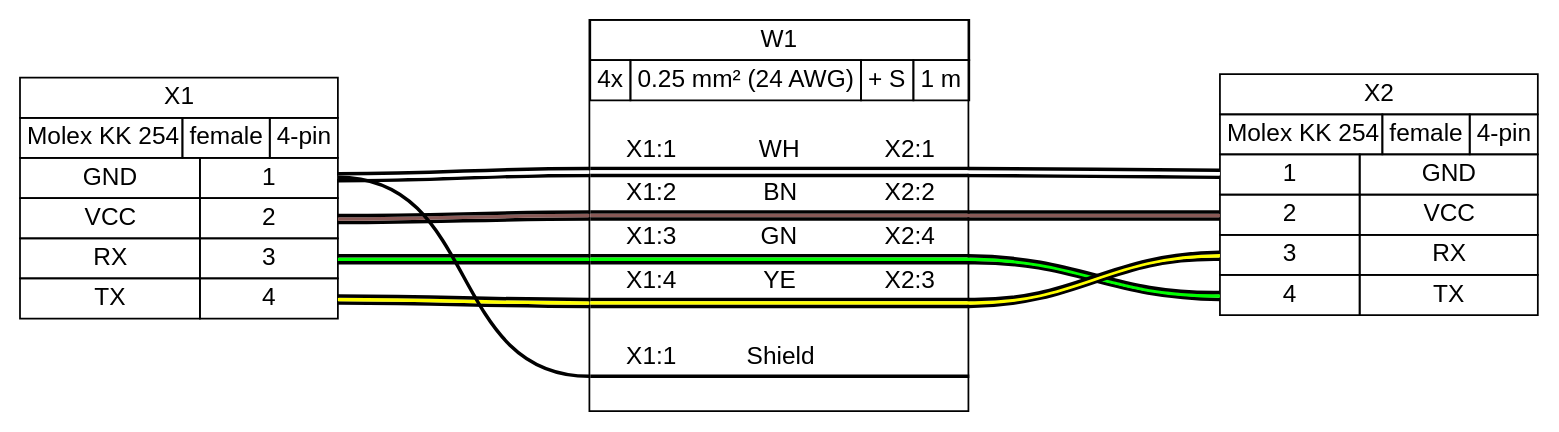
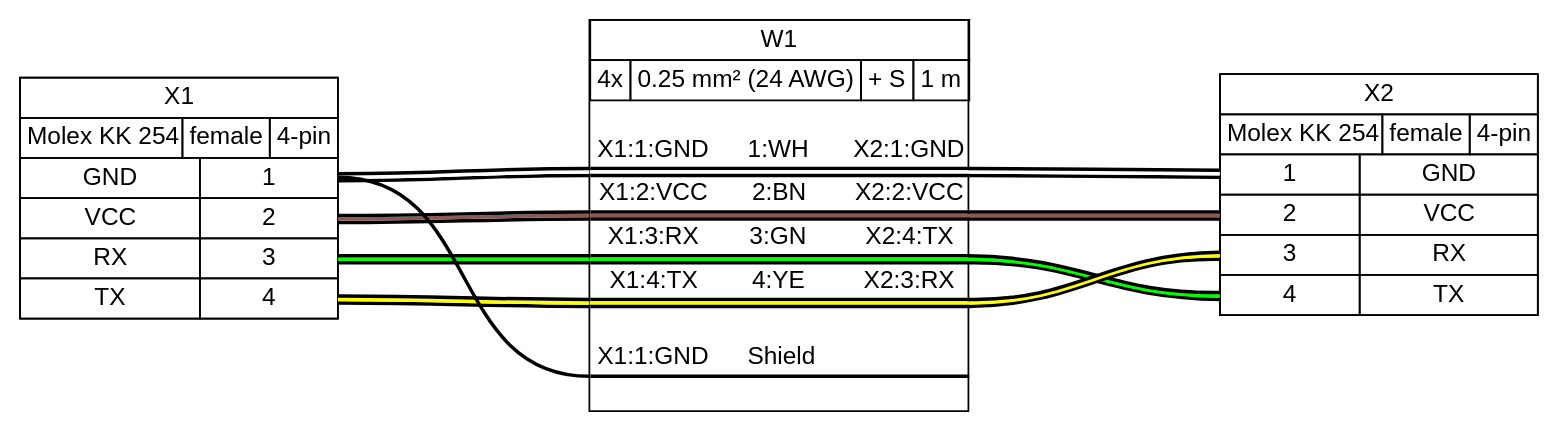
The diagram in tutorial/tutorial03.gv (wireviz/WireViz), drawn with Graphviz before and after one commit. The commit also changed 100 other files, not shown here.

```diff
--- a/tutorial/tutorial03.gv
+++ b/tutorial/tutorial03.gv
@@ -1,179 +1,187 @@
 graph {
-// Graph generated by WireViz 0.2
+// Graph generated by WireViz 0.3
 // https://github.com/formatc1702/WireViz
-	graph [bgcolor=white fontname=arial nodesep=0.33 rankdir=LR ranksep=2]
-	node [fillcolor=white fontname=arial shape=record style=filled]
+	graph [bgcolor="#FFFFFF" fontname=arial nodesep=0.33 rankdir=LR ranksep=2]
+	node [fillcolor="#FFFFFF" fontname=arial height=0 margin=0 shape=none style=filled width=0]
 	edge [fontname=arial style=bold]
 	X1 [label=<
 <table border="0" cellspacing="0" cellpadding="0">
  <tr><td>
   <table border="0" cellspacing="0" cellpadding="3" cellborder="1"><tr>
    <td balign="left">X1</td>
   </tr></table>
  </td></tr>
  <tr><td>
   <table border="0" cellspacing="0" cellpadding="3" cellborder="1"><tr>
    <td balign="left">Molex KK 254</td>
    <td balign="left">female</td>
    <td balign="left">4-pin</td>
   </tr></table>
  </td></tr>
  <tr><td>
   <table border="0" cellspacing="0" cellpadding="3" cellborder="1">
    <tr>
     <td>GND</td>
     <td port="p1r">1</td>
    </tr>
    <tr>
     <td>VCC</td>
     <td port="p2r">2</td>
    </tr>
    <tr>
     <td>RX</td>
     <td port="p3r">3</td>
    </tr>
    <tr>
     <td>TX</td>
     <td port="p4r">4</td>
    </tr>
   </table>
  </td></tr>
 </table>
-> fillcolor=white margin=0 shape=none style=filled]
+> fillcolor="#FFFFFF" shape=box style=filled]
 	X2 [label=<
 <table border="0" cellspacing="0" cellpadding="0">
  <tr><td>
   <table border="0" cellspacing="0" cellpadding="3" cellborder="1"><tr>
    <td balign="left">X2</td>
   </tr></table>
  </td></tr>
  <tr><td>
   <table border="0" cellspacing="0" cellpadding="3" cellborder="1"><tr>
    <td balign="left">Molex KK 254</td>
    <td balign="left">female</td>
    <td balign="left">4-pin</td>
   </tr></table>
  </td></tr>
  <tr><td>
   <table border="0" cellspacing="0" cellpadding="3" cellborder="1">
    <tr>
     <td port="p1l">1</td>
     <td>GND</td>
    </tr>
    <tr>
     <td port="p2l">2</td>
     <td>VCC</td>
    </tr>
    <tr>
     <td port="p3l">3</td>
     <td>RX</td>
    </tr>
    <tr>
     <td port="p4l">4</td>
     <td>TX</td>
    </tr>
   </table>
  </td></tr>
 </table>
-> fillcolor=white margin=0 shape=none style=filled]
+> fillcolor="#FFFFFF" shape=box style=filled]
 	edge [color="#000000:#ffffff:#000000"]
 	X1:p1r:e -- W1:w1:w
 	W1:w1:e -- X2:p1l:w
 	edge [color="#000000:#895956:#000000"]
 	X1:p2r:e -- W1:w2:w
 	W1:w2:e -- X2:p2l:w
 	edge [color="#000000:#00ff00:#000000"]
 	X1:p3r:e -- W1:w3:w
 	W1:w3:e -- X2:p4l:w
 	edge [color="#000000:#ffff00:#000000"]
 	X1:p4r:e -- W1:w4:w
 	W1:w4:e -- X2:p3l:w
 	edge [color="#000000"]
 	X1:p1r:e -- W1:ws:w
 	W1 [label=<
 <table border="0" cellspacing="0" cellpadding="0">
  <tr><td>
   <table border="0" cellspacing="0" cellpadding="3" cellborder="1"><tr>
    <td balign="left">W1</td>
   </tr></table>
  </td></tr>
  <tr><td>
   <table border="0" cellspacing="0" cellpadding="3" cellborder="1"><tr>
    <td balign="left">4x</td>
    <td balign="left">0.25 mm² (24 AWG)</td>
    <td balign="left">+ S</td>
    <td balign="left">1 m</td>
   </tr></table>
  </td></tr>
  <tr><td>
   <table border="0" cellspacing="0" cellborder="0">
    <tr><td>&nbsp;</td></tr>
    <tr>
-    <td>X1:1</td>
-    <td>WH</td>
-    <td>X2:1</td>
+    <td>X1:1:GND</td>
+    <td>
+     1:WH
+    </td>
+    <td>X2:1:GND</td>
    </tr>
    <tr>
     <td colspan="3" border="0" cellspacing="0" cellpadding="0" port="w1" height="6">
      <table cellspacing="0" cellborder="0" border="0">
       <tr><td colspan="3" cellpadding="0" height="2" bgcolor="#000000" border="0"></td></tr>
       <tr><td colspan="3" cellpadding="0" height="2" bgcolor="#ffffff" border="0"></td></tr>
       <tr><td colspan="3" cellpadding="0" height="2" bgcolor="#000000" border="0"></td></tr>
      </table>
     </td>
    </tr>
    <tr>
-    <td>X1:2</td>
-    <td>BN</td>
-    <td>X2:2</td>
+    <td>X1:2:VCC</td>
+    <td>
+     2:BN
+    </td>
+    <td>X2:2:VCC</td>
    </tr>
    <tr>
     <td colspan="3" border="0" cellspacing="0" cellpadding="0" port="w2" height="6">
      <table cellspacing="0" cellborder="0" border="0">
       <tr><td colspan="3" cellpadding="0" height="2" bgcolor="#000000" border="0"></td></tr>
       <tr><td colspan="3" cellpadding="0" height="2" bgcolor="#895956" border="0"></td></tr>
       <tr><td colspan="3" cellpadding="0" height="2" bgcolor="#000000" border="0"></td></tr>
      </table>
     </td>
    </tr>
    <tr>
-    <td>X1:3</td>
-    <td>GN</td>
-    <td>X2:4</td>
+    <td>X1:3:RX</td>
+    <td>
+     3:GN
+    </td>
+    <td>X2:4:TX</td>
    </tr>
    <tr>
     <td colspan="3" border="0" cellspacing="0" cellpadding="0" port="w3" height="6">
      <table cellspacing="0" cellborder="0" border="0">
       <tr><td colspan="3" cellpadding="0" height="2" bgcolor="#000000" border="0"></td></tr>
       <tr><td colspan="3" cellpadding="0" height="2" bgcolor="#00ff00" border="0"></td></tr>
       <tr><td colspan="3" cellpadding="0" height="2" bgcolor="#000000" border="0"></td></tr>
      </table>
     </td>
    </tr>
    <tr>
-    <td>X1:4</td>
-    <td>YE</td>
-    <td>X2:3</td>
+    <td>X1:4:TX</td>
+    <td>
+     4:YE
+    </td>
+    <td>X2:3:RX</td>
    </tr>
    <tr>
     <td colspan="3" border="0" cellspacing="0" cellpadding="0" port="w4" height="6">
      <table cellspacing="0" cellborder="0" border="0">
       <tr><td colspan="3" cellpadding="0" height="2" bgcolor="#000000" border="0"></td></tr>
       <tr><td colspan="3" cellpadding="0" height="2" bgcolor="#ffff00" border="0"></td></tr>
       <tr><td colspan="3" cellpadding="0" height="2" bgcolor="#000000" border="0"></td></tr>
      </table>
     </td>
    </tr>
    <tr><td>&nbsp;</td></tr>
    <tr>
-    <td>X1:1</td>
+    <td>X1:1:GND</td>
     <td>Shield</td>
     <td><!-- s_out --></td>
    </tr>
    <tr><td colspan="3" cellpadding="0" height="2" bgcolor="#000000" border="0" port="ws"></td></tr>
    <tr><td>&nbsp;</td></tr>
   </table>
  </td></tr>
 </table>
-> fillcolor=white margin=0 shape=box style=""]
+> fillcolor="#FFFFFF" shape=box style=filled]
 }
```
